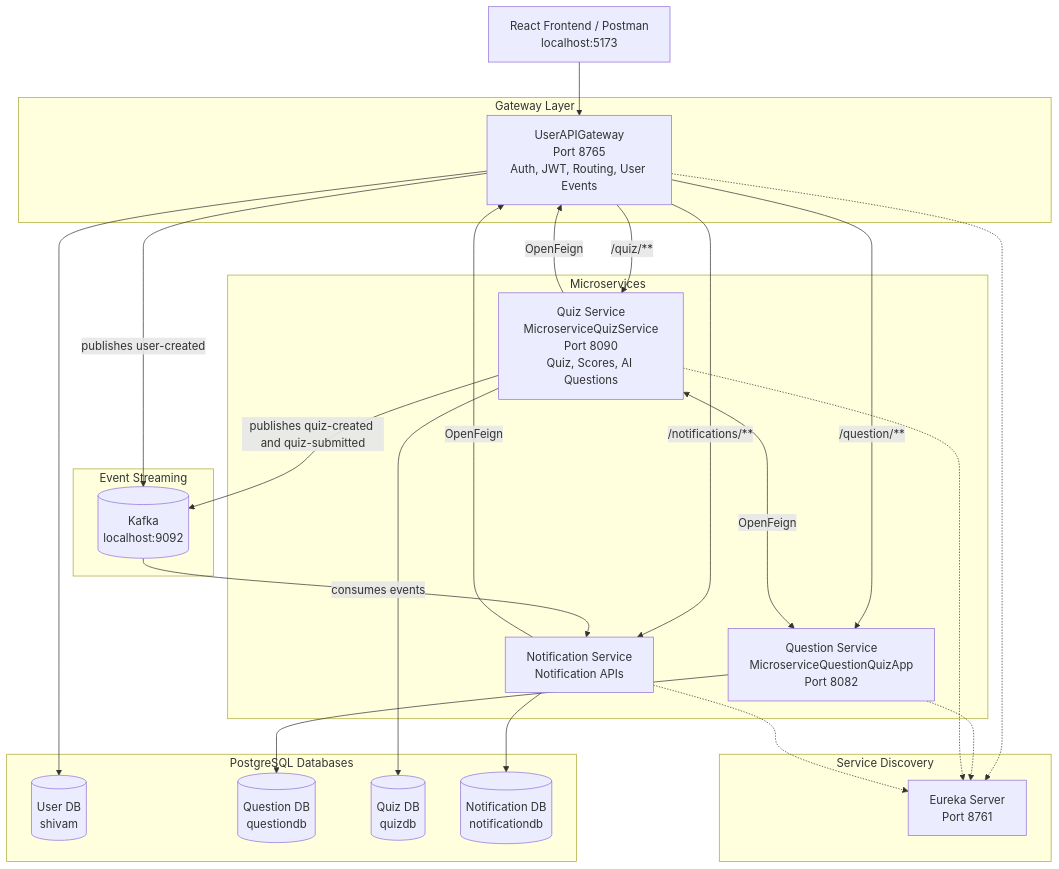
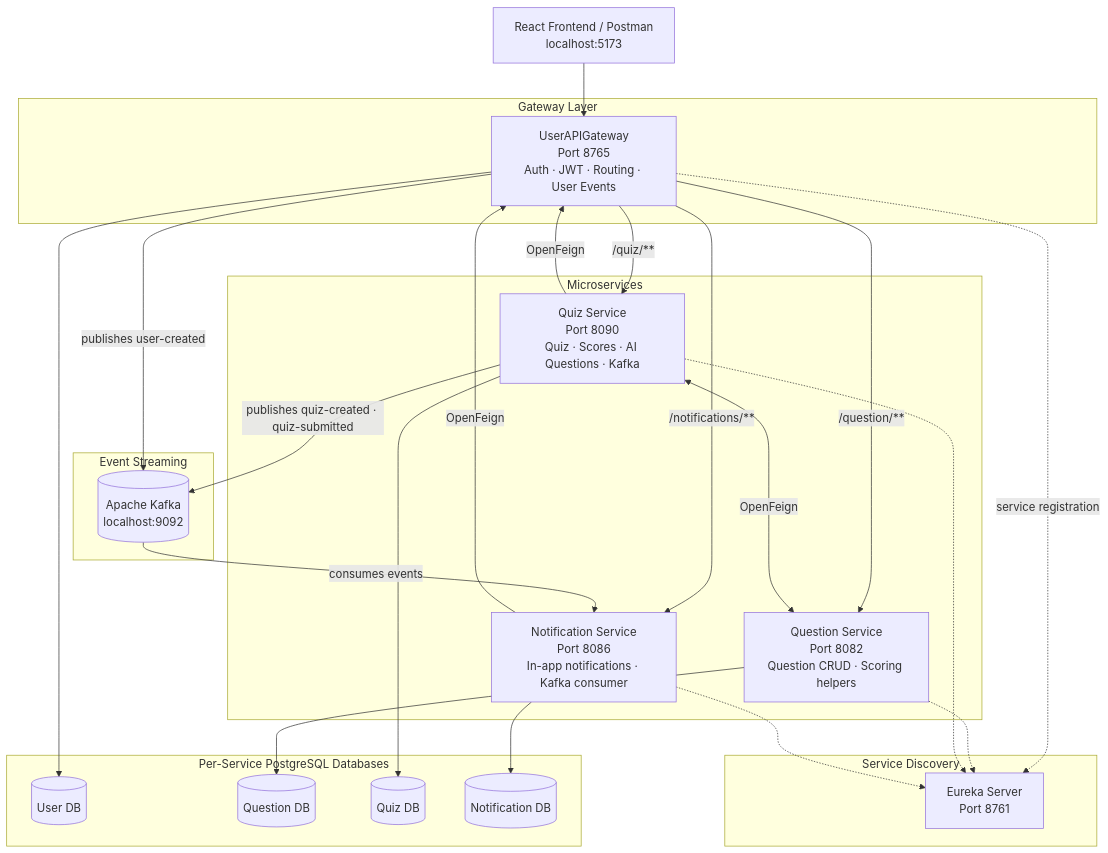
The first of 2 diagrams in README.md (shivam14jain14/QuizApp_Micorservices), drawn with Mermaid before and after one commit. The commit also changed other lines of this file, not shown here.

````diff
--- a/README.md
+++ b/README.md
@@ -24,52 +46,52 @@
 ```mermaid
 flowchart TB
     Client["React Frontend / Postman<br/>localhost:5173"]
 
     subgraph GatewayLayer["Gateway Layer"]
-        Gateway["UserAPIGateway<br/>Port 8765<br/>Auth, JWT, Routing, User Events"]
+        Gateway["UserAPIGateway<br/>Port 8765<br/>Auth · JWT · Routing · User Events"]
     end
 
     subgraph Services["Microservices"]
-        QuestionService["Question Service<br/>MicroserviceQuestionQuizApp<br/>Port 8082"]
-        QuizService["Quiz Service<br/>MicroserviceQuizService<br/>Port 8090<br/>Quiz, Scores, AI Questions"]
-        NotificationService["Notification Service<br/>Notification APIs"]
+        QuestionService["Question Service<br/>Port 8082<br/>Question CRUD · Scoring helpers"]
+        QuizService["Quiz Service<br/>Port 8090<br/>Quiz · Scores · AI Questions · Kafka"]
+        NotificationService["Notification Service<br/>Port 8086<br/>In-app notifications · Kafka consumer"]
     end
 
-    subgraph DataStores["PostgreSQL Databases"]
-        UserDB[("User DB<br/>shivam")]
-        QuestionDB[("Question DB<br/>questiondb")]
-        QuizDB[("Quiz DB<br/>quizdb")]
-        NotificationDB[("Notification DB<br/>notificationdb")]
+    subgraph DataStores["Per-Service PostgreSQL Databases"]
+        UserDB[("User DB")]
+        QuestionDB[("Question DB")]
+        QuizDB[("Quiz DB")]
+        NotificationDB[("Notification DB")]
     end
 
     subgraph Messaging["Event Streaming"]
-        Kafka[("Kafka<br/>localhost:9092")]
+        Kafka[("Apache Kafka<br/>localhost:9092")]
     end
 
     subgraph Discovery["Service Discovery"]
         Eureka["Eureka Server<br/>Port 8761"]
     end
 
     Client --> Gateway
     Gateway -->|"/question/**"| QuestionService
     Gateway -->|"/quiz/**"| QuizService
     Gateway -->|"/notifications/**"| NotificationService
     Gateway --> UserDB
 
     QuestionService --> QuestionDB
     QuizService --> QuizDB
     NotificationService --> NotificationDB
 
     QuizService <-->|OpenFeign| QuestionService
     QuizService -->|OpenFeign| Gateway
     NotificationService -->|OpenFeign| Gateway
 
     Gateway -->|"publishes user-created"| Kafka
-    QuizService -->|"publishes quiz-created and quiz-submitted"| Kafka
+    QuizService -->|"publishes quiz-created · quiz-submitted"| Kafka
     Kafka -->|"consumes events"| NotificationService
 
-    Gateway -.-> Eureka
+    Gateway -.->|"service registration"| Eureka
     QuestionService -.-> Eureka
     QuizService -.-> Eureka
     NotificationService -.-> Eureka
 ```
````
